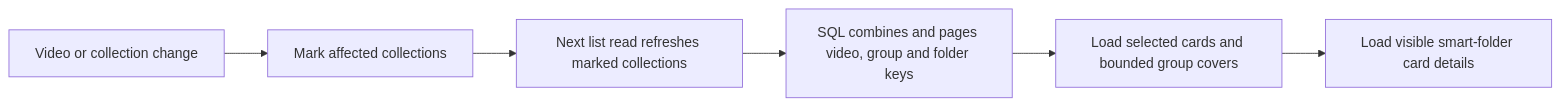
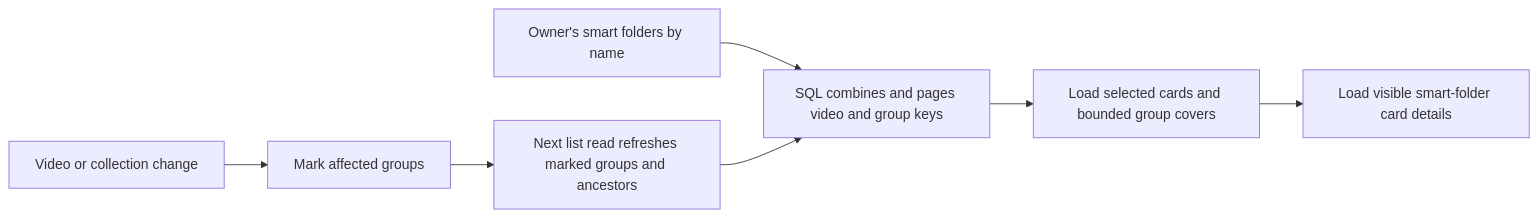
Before and after one commit to syudead/vv: the diagram in docs/design-docs/home.md, drawn with Mermaid. The commit also changed other lines of this file and 18 other files, not shown here.

First line of the commit message:
Keep values only for the groups a change affects; list smart folders by name

````diff
--- a/docs/design-docs/home.md
+++ b/docs/design-docs/home.md
@@ -54,8 +64,9 @@
 ```mermaid
 flowchart LR
-  write[Video or collection change] --> marked[Mark affected collections]
-  marked --> saved[Next list read refreshes marked collections]
-  saved --> keys[SQL combines and pages video, group and folder keys]
+  write[Video or collection change] --> marked[Mark affected groups]
+  marked --> saved[Next list read refreshes marked groups and ancestors]
+  folders[Owner's smart folders by name] --> keys
+  saved --> keys[SQL combines and pages video and group keys]
   keys --> page[Load selected cards and bounded group covers]
   page --> lazy[Load visible smart-folder card details]
 ```
````
